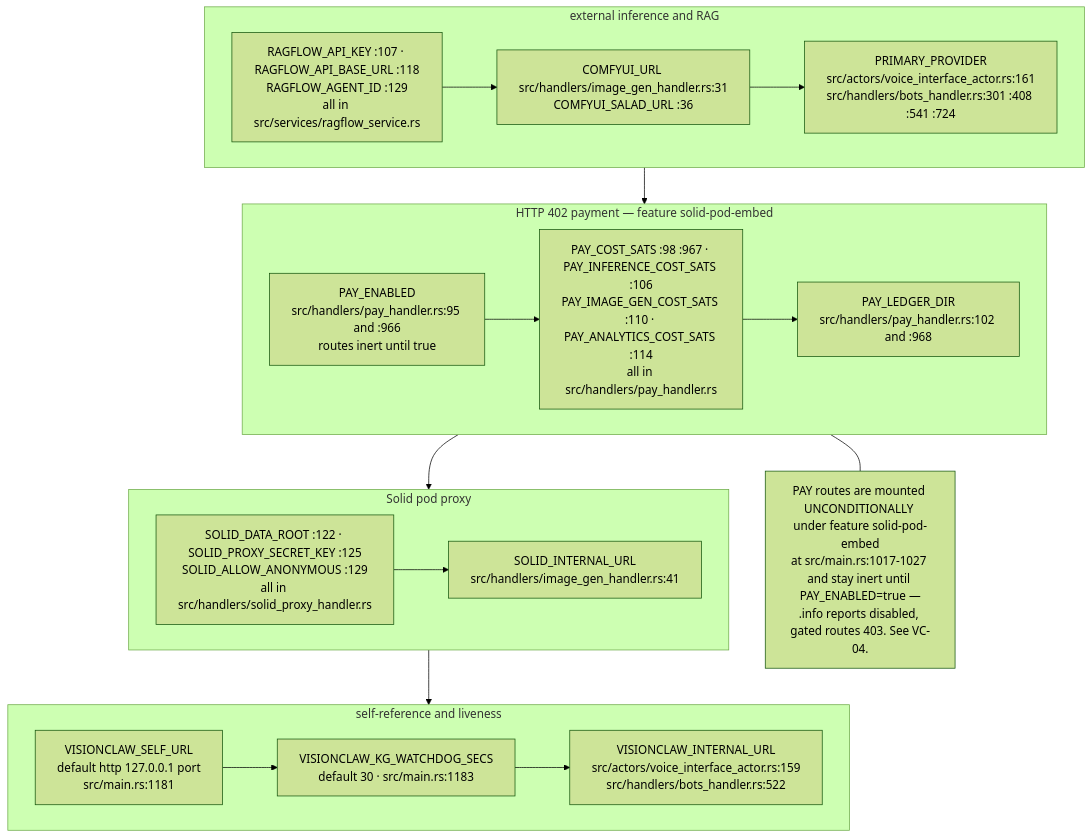
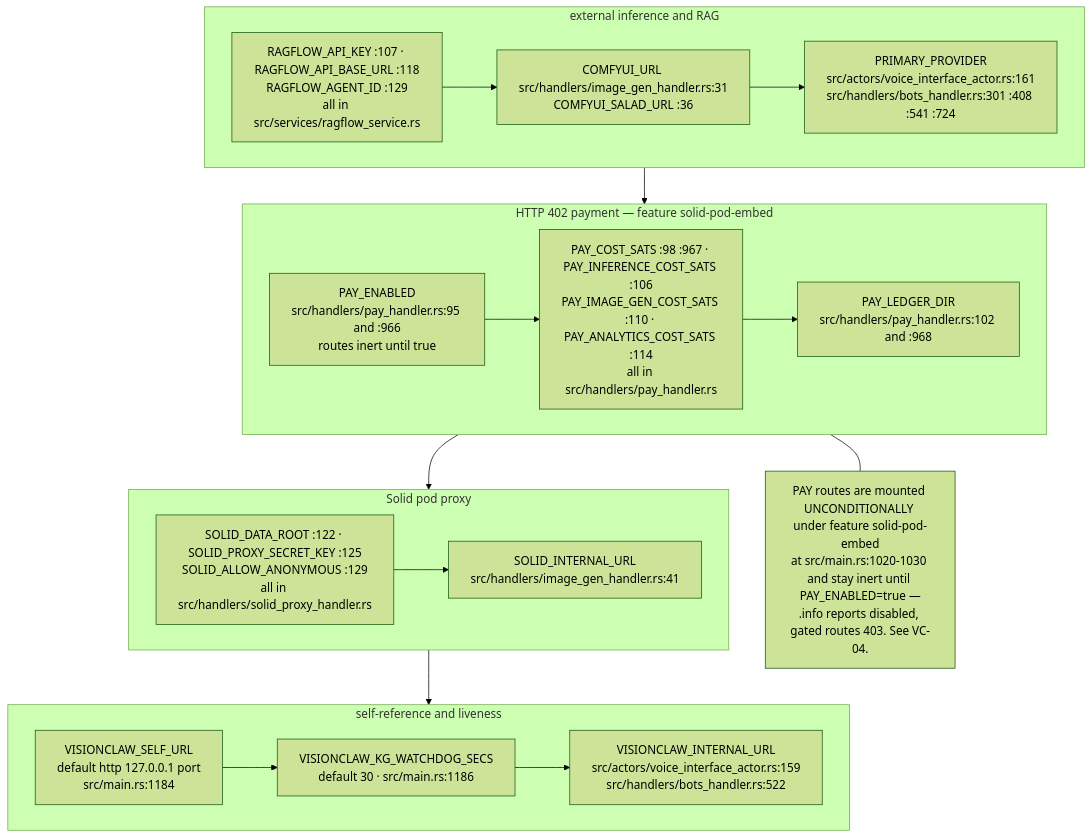
Before and after one commit to DreamLab-AI/AR-AI-Knowledge-Graph: diagram 13 of 15 in docs/diagrams/visionclaw/09-config-and-env-flags.md, drawn with Mermaid (forest theme). The commit also changed other lines of this file and 73 other files, not shown here.

First line of the commit message:
docs(diagrams): re-verify all 71 topic files against HEAD; add --cite-check

````diff
--- a/docs/diagrams/visionclaw/09-config-and-env-flags.md
+++ b/docs/diagrams/visionclaw/09-config-and-env-flags.md
@@ -481,18 +481,18 @@
 ```mermaid
 flowchart TB
     subgraph EXT["external inference and RAG"]
         X1["RAGFLOW_API_KEY :107 · RAGFLOW_API_BASE_URL :118<br/>RAGFLOW_AGENT_ID :129<br/>all in src/services/ragflow_service.rs"] --> X2["COMFYUI_URL src/handlers/image_gen_handler.rs:31<br/>COMFYUI_SALAD_URL :36"] --> X3["PRIMARY_PROVIDER<br/>src/actors/voice_interface_actor.rs:161<br/>src/handlers/bots_handler.rs:301 :408 :541 :724"]
     end
     subgraph PAY["HTTP 402 payment — feature solid-pod-embed"]
         P1["PAY_ENABLED<br/>src/handlers/pay_handler.rs:95 and :966<br/>routes inert until true"] --> P2["PAY_COST_SATS :98 :967 · PAY_INFERENCE_COST_SATS :106<br/>PAY_IMAGE_GEN_COST_SATS :110 · PAY_ANALYTICS_COST_SATS :114<br/>all in src/handlers/pay_handler.rs"] --> P3["PAY_LEDGER_DIR<br/>src/handlers/pay_handler.rs:102 and :968"]
     end
     subgraph SOLID["Solid pod proxy"]
         O1["SOLID_DATA_ROOT :122 · SOLID_PROXY_SECRET_KEY :125<br/>SOLID_ALLOW_ANONYMOUS :129<br/>all in src/handlers/solid_proxy_handler.rs"] --> O2["SOLID_INTERNAL_URL<br/>src/handlers/image_gen_handler.rs:41"]
     end
     subgraph SELF["self-reference and liveness"]
-        F1["VISIONCLAW_SELF_URL<br/>default http 127.0.0.1 port<br/>src/main.rs:1181"] --> F2["VISIONCLAW_KG_WATCHDOG_SECS<br/>default 30 · src/main.rs:1183"] --> F3["VISIONCLAW_INTERNAL_URL<br/>src/actors/voice_interface_actor.rs:159<br/>src/handlers/bots_handler.rs:522"]
+        F1["VISIONCLAW_SELF_URL<br/>default http 127.0.0.1 port<br/>src/main.rs:1184"] --> F2["VISIONCLAW_KG_WATCHDOG_SECS<br/>default 30 · src/main.rs:1186"] --> F3["VISIONCLAW_INTERNAL_URL<br/>src/actors/voice_interface_actor.rs:159<br/>src/handlers/bots_handler.rs:522"]
     end
     EXT --> PAY --> SOLID --> SELF
-    N5["PAY routes are mounted UNCONDITIONALLY under feature solid-pod-embed<br/>at src/main.rs:1017-1027 and stay inert until PAY_ENABLED=true —<br/>.info reports disabled, gated routes 403. See VC-04."]
+    N5["PAY routes are mounted UNCONDITIONALLY under feature solid-pod-embed<br/>at src/main.rs:1020-1030 and stay inert until PAY_ENABLED=true —<br/>.info reports disabled, gated routes 403. See VC-04."]
     PAY --- N5
 ```
````
